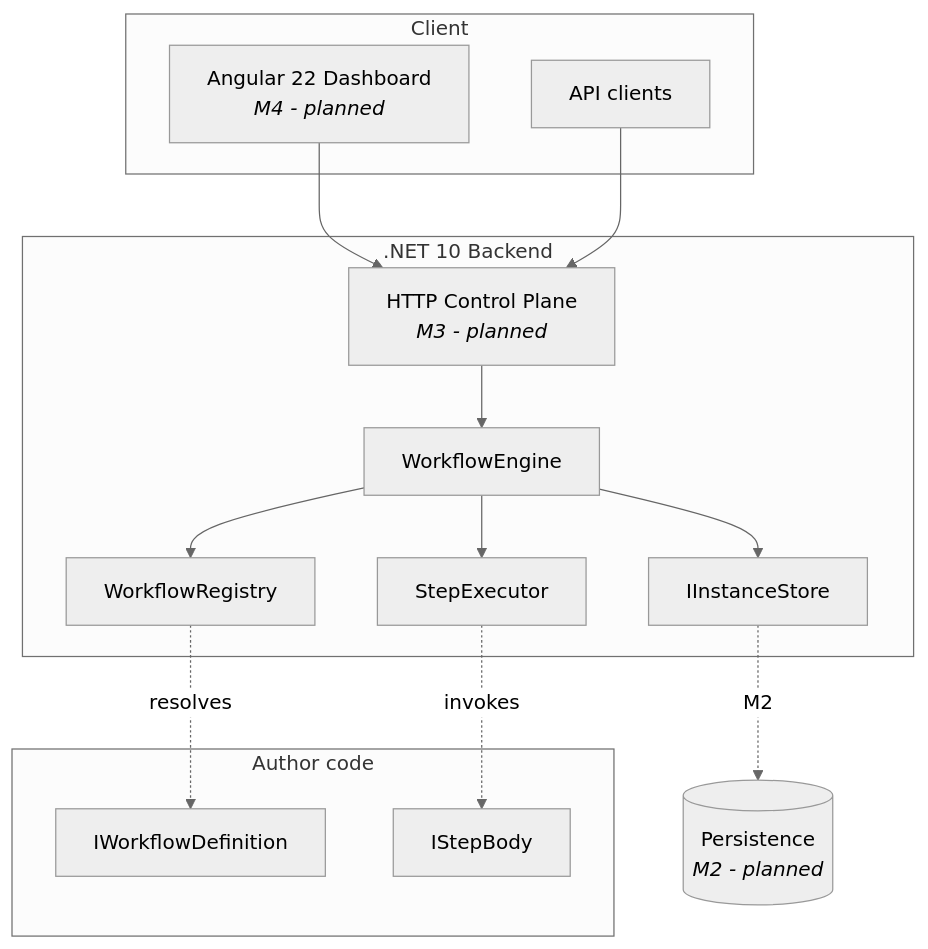
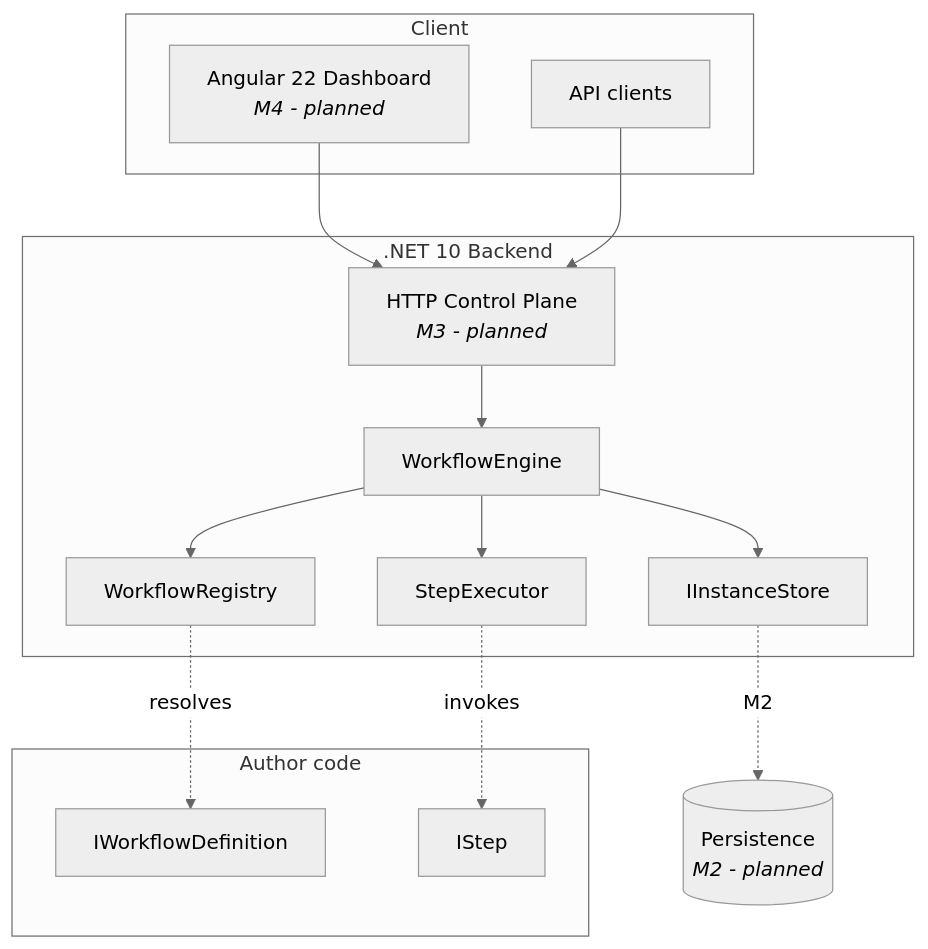
One commit to inferenceailab/FlowDeck changed the first of 3 diagrams in docs/architecture.md. Above: the diagram before and after it, drawn with Mermaid (neutral theme). The commit also changed other lines of this file and 24 other files, not shown here.

````diff
--- a/docs/architecture.md
+++ b/docs/architecture.md
@@ -10,32 +10,32 @@
 ```mermaid
 graph TB
     subgraph client["Client"]
         UI["Angular 22 Dashboard<br/><i>M4 - planned</i>"]
         API_CLIENT["API clients"]
     end
 
     subgraph backend[".NET 10 Backend"]
         API["HTTP Control Plane<br/><i>M3 - planned</i>"]
         ENGINE["WorkflowEngine"]
         REGISTRY["WorkflowRegistry"]
         EXECUTOR["StepExecutor"]
         STORE["IInstanceStore"]
     end
 
     subgraph author["Author code"]
         DEFS["IWorkflowDefinition"]
-        STEPS["IStepBody"]
+        STEPS["IStep"]
     end
 
     DB[("Persistence<br/><i>M2 - planned</i>")]
 
     UI --> API
     API_CLIENT --> API
     API --> ENGINE
     ENGINE --> REGISTRY
     ENGINE --> EXECUTOR
     ENGINE --> STORE
     REGISTRY -.resolves.-> DEFS
     EXECUTOR -.invokes.-> STEPS
     STORE -.->|M2| DB
 ```
````
